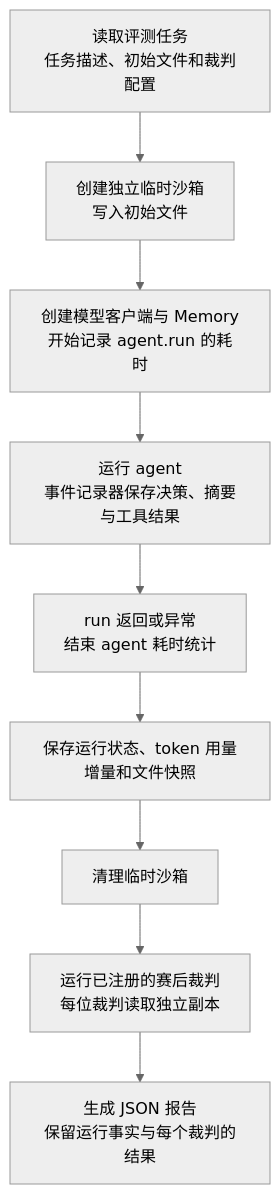
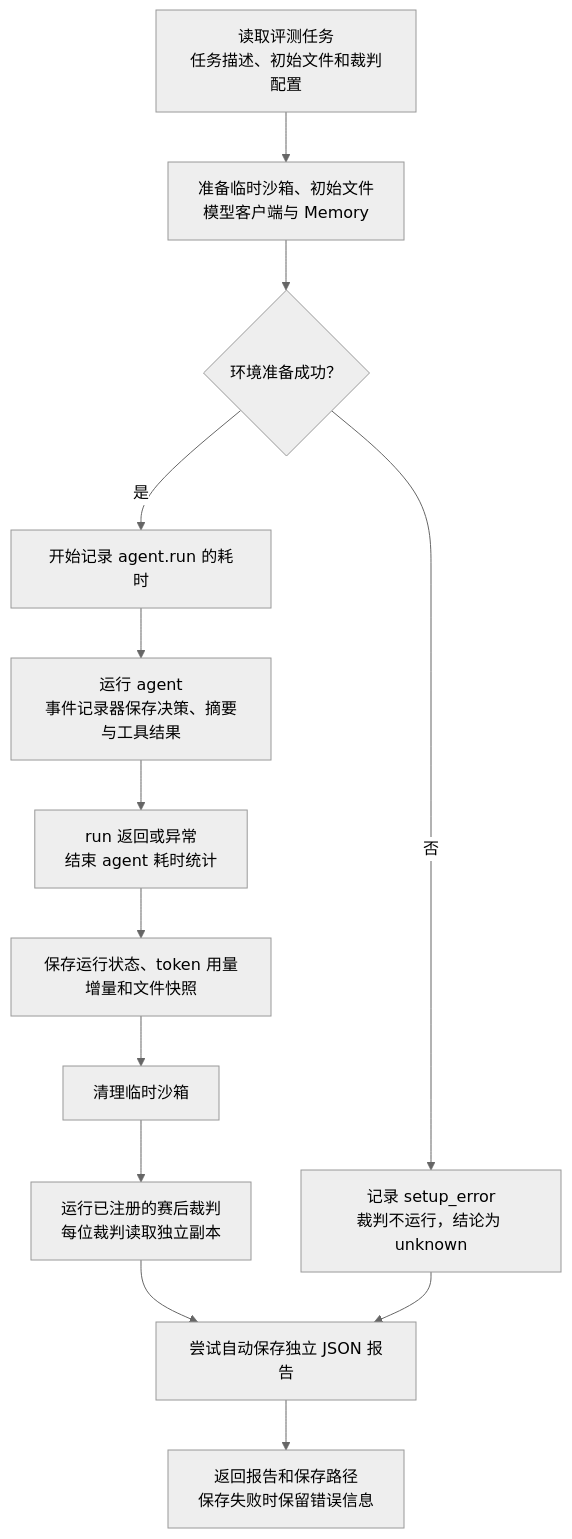
One commit to cosmorithm/Astrion changed the fourth of 4 diagrams in report.md. Above: the diagram before and after it, drawn with Mermaid (neutral theme). The commit also changed other lines of this file and 7 other files, not shown here.

````diff
--- a/report.md
+++ b/report.md
@@ -126,11 +127,15 @@
 ```mermaid
 flowchart TD
-    A["读取评测任务<br/>任务描述、初始文件和裁判配置"] --> B["创建独立临时沙箱<br/>写入初始文件"]
-    B --> C["创建模型客户端与 Memory<br/>开始记录 agent.run 的耗时"]
+    A["读取评测任务<br/>任务描述、初始文件和裁判配置"] --> B["准备临时沙箱、初始文件<br/>模型客户端与 Memory"]
+    B --> J{"环境准备成功？"}
+    J -- "是" --> C["开始记录 agent.run 的耗时"]
+    J -- "否" --> K["记录 setup_error<br/>裁判不运行，结论为 unknown"]
     C --> D["运行 agent<br/>事件记录器保存决策、摘要与工具结果"]
     D --> E["run 返回或异常<br/>结束 agent 耗时统计"]
     E --> F["保存运行状态、token 用量增量和文件快照"]
     F --> G["清理临时沙箱"]
     G --> H["运行已注册的赛后裁判<br/>每位裁判读取独立副本"]
-    H --> I["生成 JSON 报告<br/>保留运行事实与每个裁判的结果"]
+    H --> L["尝试自动保存独立 JSON 报告"]
+    K --> L
+    L --> I["返回报告和保存路径<br/>保存失败时保留错误信息"]
 ```
````
